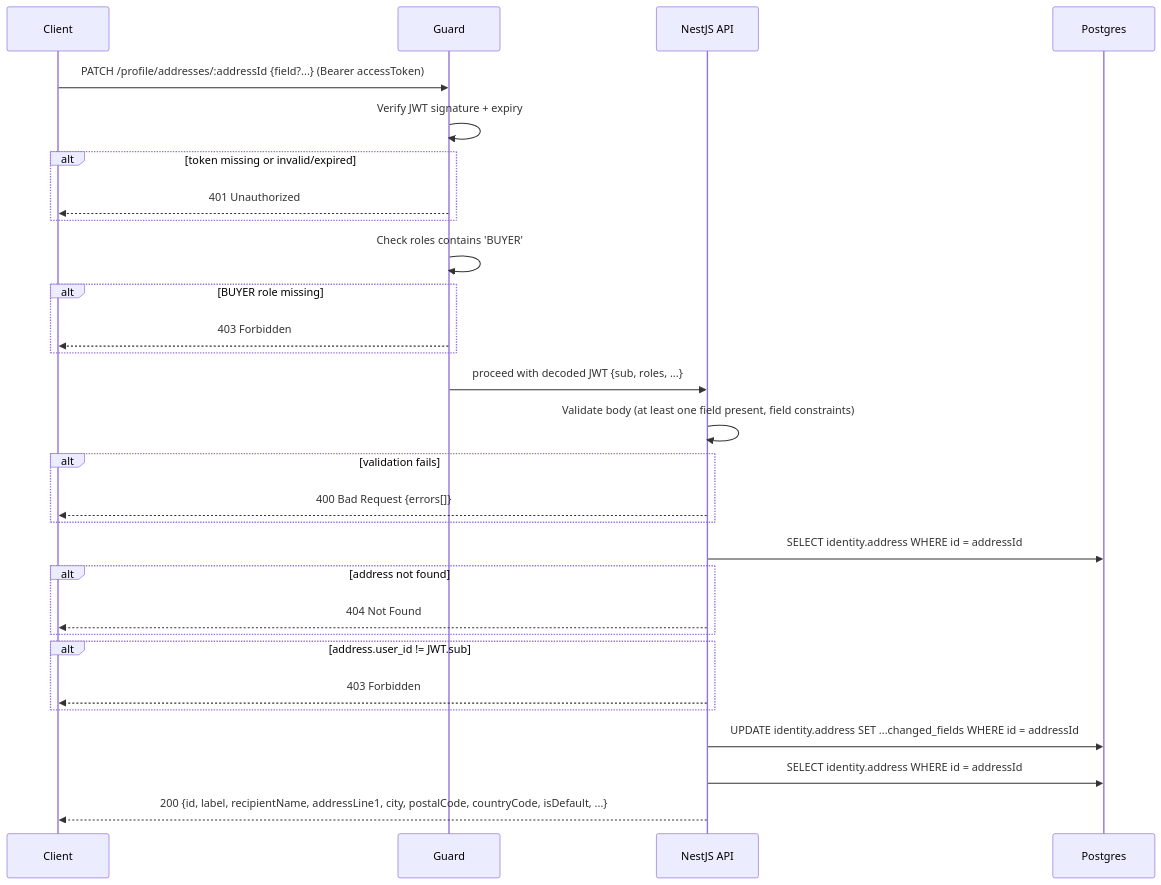
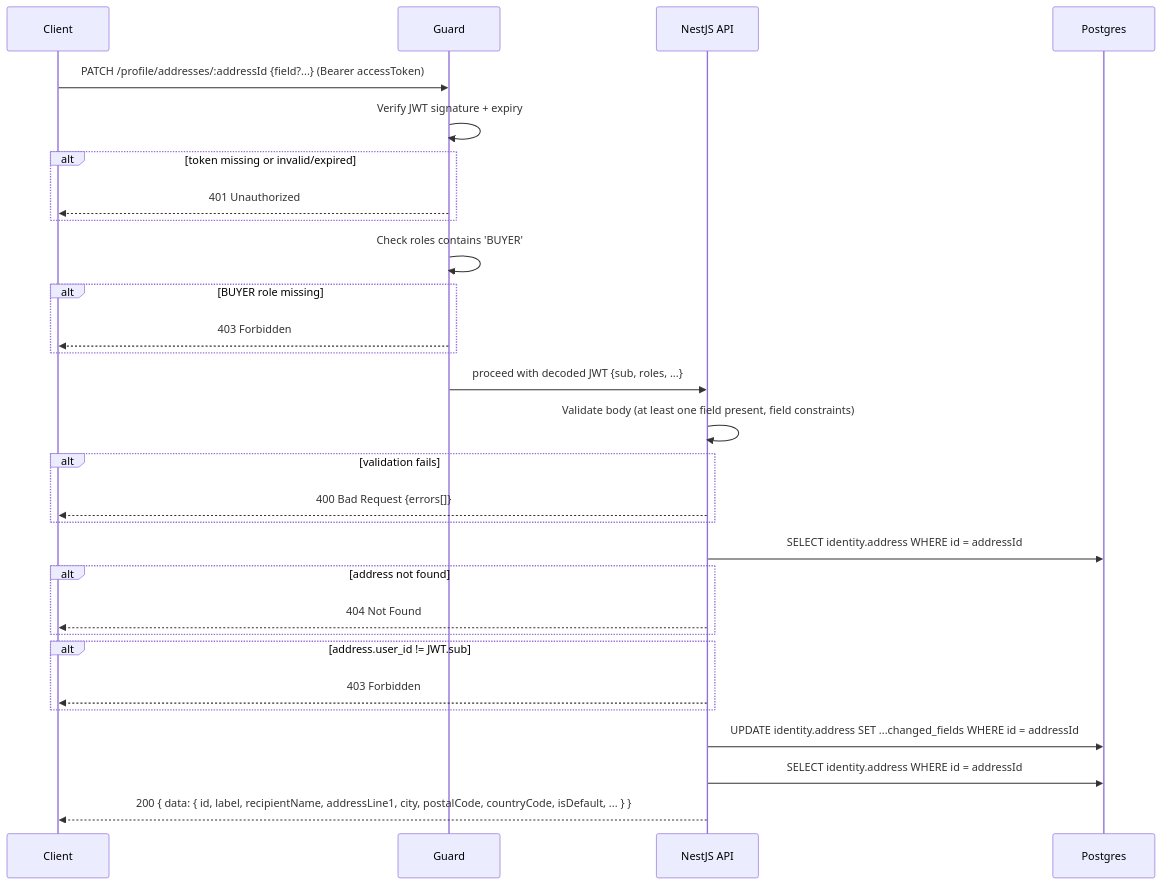
Before and after one commit to alisa-uthi/aliceut-ecom-document: the fifth of 7 diagrams in phase-1/technical-design/api-design/profile.md, drawn with Mermaid. The commit also changed other lines of this file and 22 other files, not shown here.

````diff
--- a/phase-1/technical-design/api-design/profile.md
+++ b/phase-1/technical-design/api-design/profile.md
@@ -248,36 +250,36 @@
 ```mermaid
 sequenceDiagram
     participant C as Client
     participant G as Guard
     participant A as NestJS API
     participant PG as Postgres
 
     C->>G: PATCH /profile/addresses/:addressId {field?...} (Bearer accessToken)
     G->>G: Verify JWT signature + expiry
     alt token missing or invalid/expired
         G-->>C: 401 Unauthorized
     end
     G->>G: Check roles contains 'BUYER'
     alt BUYER role missing
         G-->>C: 403 Forbidden
     end
     G->>A: proceed with decoded JWT {sub, roles, ...}
 
     A->>A: Validate body (at least one field present, field constraints)
     alt validation fails
         A-->>C: 400 Bad Request {errors[]}
     end
 
     A->>PG: SELECT identity.address WHERE id = addressId
     alt address not found
         A-->>C: 404 Not Found
     end
     alt address.user_id != JWT.sub
         A-->>C: 403 Forbidden
     end
 
     A->>PG: UPDATE identity.address SET ...changed_fields WHERE id = addressId
 
     A->>PG: SELECT identity.address WHERE id = addressId
-    A-->>C: 200 {id, label, recipientName, addressLine1, city, postalCode, countryCode, isDefault, ...}
+    A-->>C: 200 { data: { id, label, recipientName, addressLine1, city, postalCode, countryCode, isDefault, ... } }
 ```
````
